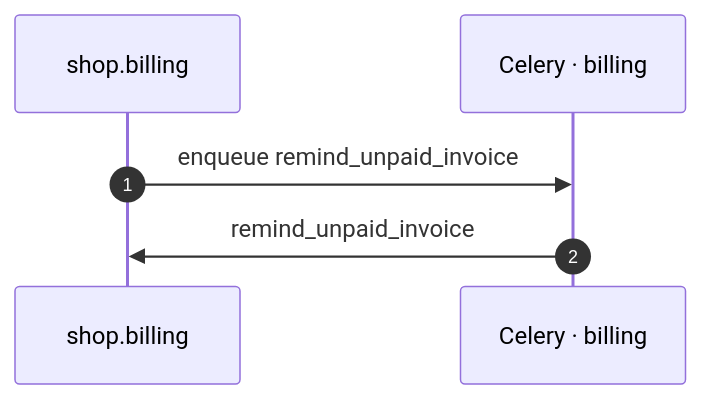
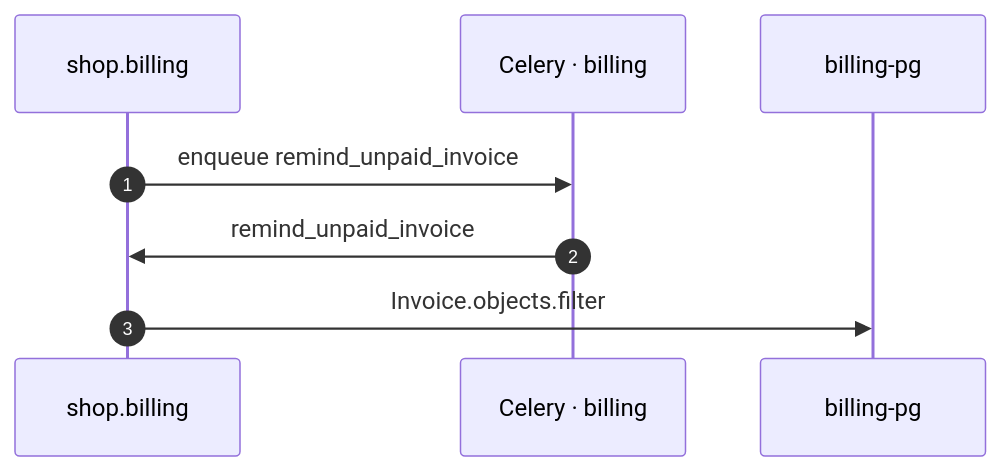
One commit to shortlink-org/portolan changed the diagram in exports/mermaid/billing-celery-remind-unpaid-invoice.mmd. Above: the diagram before and after it, drawn with Mermaid. The commit also changed 188 other files, not shown here.

Commit message:
feat(flows): compose task bodies and compact wrappers

```diff
--- a/exports/mermaid/billing-celery-remind-unpaid-invoice.mmd
+++ b/exports/mermaid/billing-celery-remind-unpaid-invoice.mmd
@@ -1,6 +1,8 @@
 sequenceDiagram
     autonumber
     participant p0 as shop.billing
     participant p1 as Celery · billing
+    participant p2 as billing-pg
     p0->>p1: enqueue remind_unpaid_invoice
     p1->>p0: remind_unpaid_invoice
+    p0->>p2: Invoice.objects.filter
```
